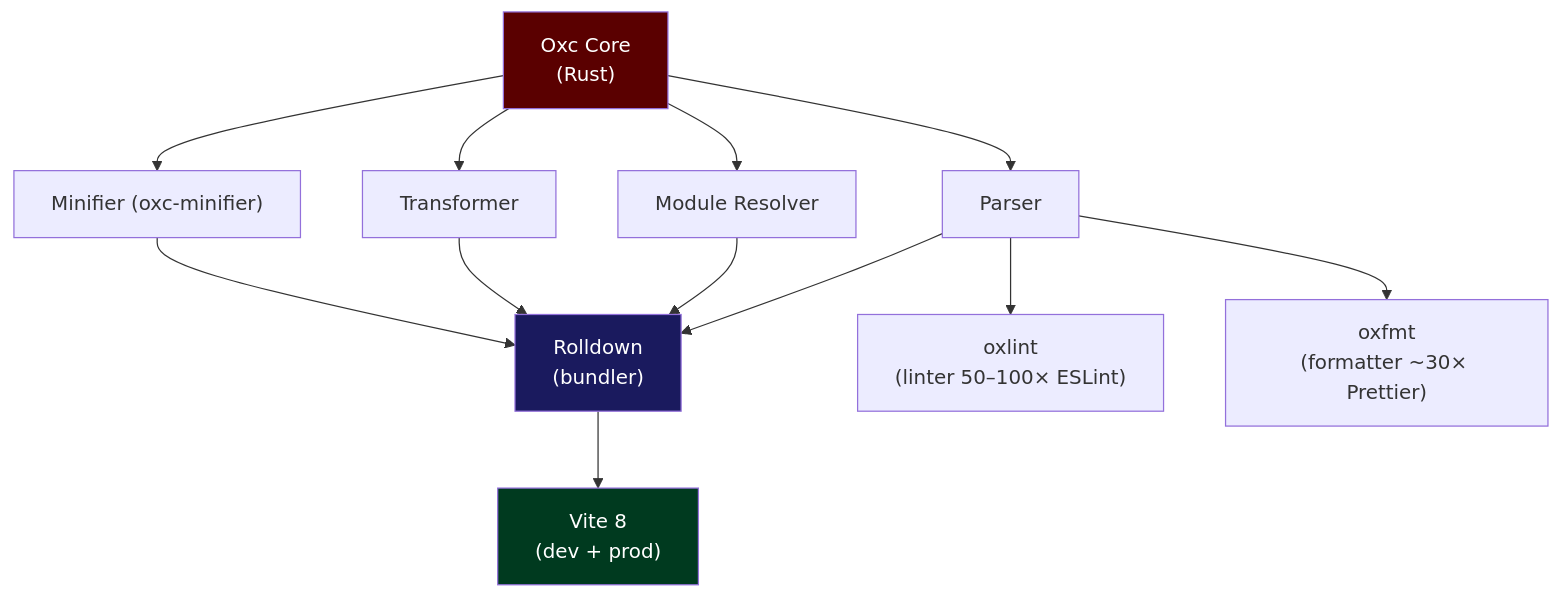
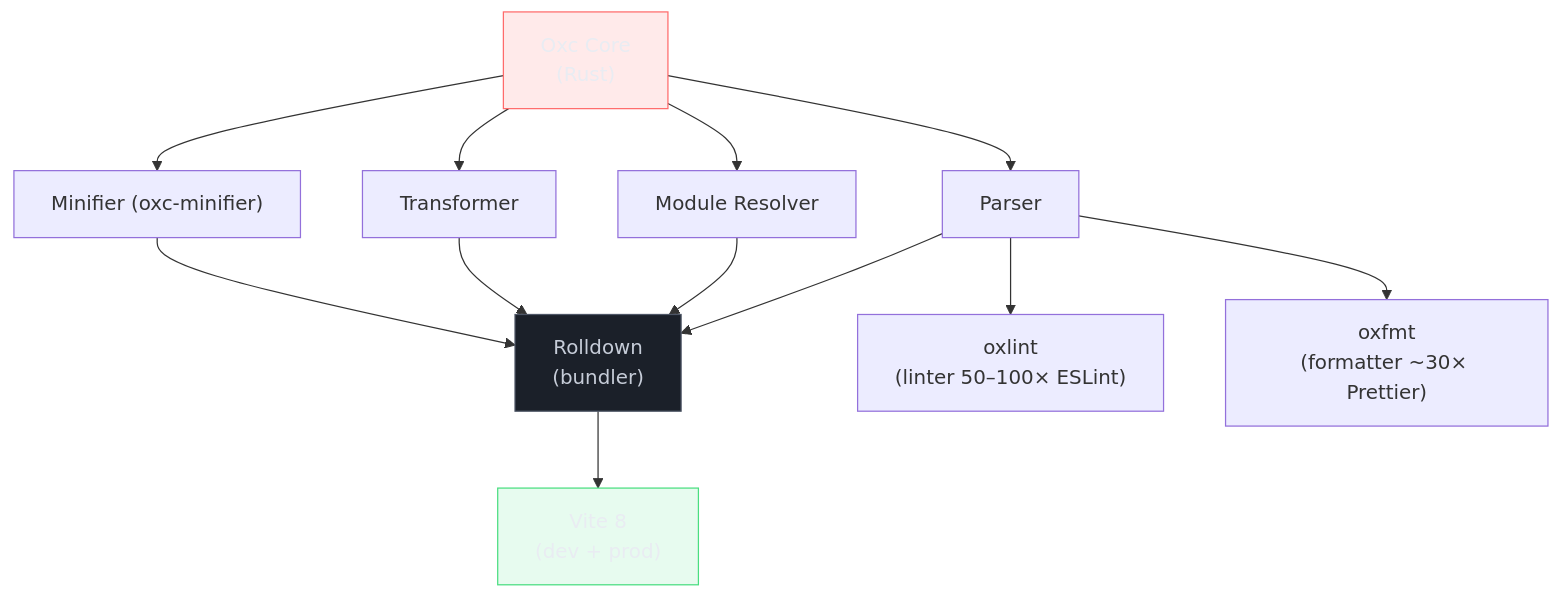
Diagram 11 of 11 in 03-Dominios/Tecnologia/Tooling e Build/14 - Rollup, esbuild e Rolldown.md (josenaldo/codex-technomanticus), drawn with Mermaid before and after one commit. The commit also changed other lines of this file and 1181 other files, not shown here.

First line of the commit message:
fix(diagramas): paleta do sistema no lugar de cor cravada no markdown

````diff
--- a/03-Dominios/Tecnologia/Tooling e Build/14 - Rollup, esbuild e Rolldown.md
+++ b/03-Dominios/Tecnologia/Tooling e Build/14 - Rollup, esbuild e Rolldown.md
@@ -912,26 +923,29 @@
 ```mermaid
 flowchart TD
+    classDef falha fill:#FF6B6B24,stroke:#FF6B6B,color:#E9ECF2
+    classDef neutro fill:#1B2029,stroke:#4E5666,color:#C6CCD8
+    classDef ok fill:#4ADE8021,stroke:#4ADE80,color:#E9ECF2
     OXC["Oxc Core\n(Rust)"]
     PARSER["Parser"]
     RESOLVER["Module Resolver"]
     TRANSFORMER["Transformer"]
     MINIFIER["Minifier (oxc-minifier)"]
 
     OXC --> PARSER
     OXC --> RESOLVER
     OXC --> TRANSFORMER
     OXC --> MINIFIER
 
     PARSER --> ROLLDOWN["Rolldown\n(bundler)"]
     PARSER --> OXLINT["oxlint\n(linter 50–100× ESLint)"]
     PARSER --> OXFMT["oxfmt\n(formatter ~30× Prettier)"]
     RESOLVER --> ROLLDOWN
     TRANSFORMER --> ROLLDOWN
     MINIFIER --> ROLLDOWN
 
     ROLLDOWN --> VITE8["Vite 8\n(dev + prod)"]
 
-    style OXC fill:#5a0000,color:#fff
-    style ROLLDOWN fill:#1a1a5e,color:#fff
-    style VITE8 fill:#003a1f,color:#fff
+    class OXC falha
+    class ROLLDOWN neutro
+    class VITE8 ok
 ```
````
